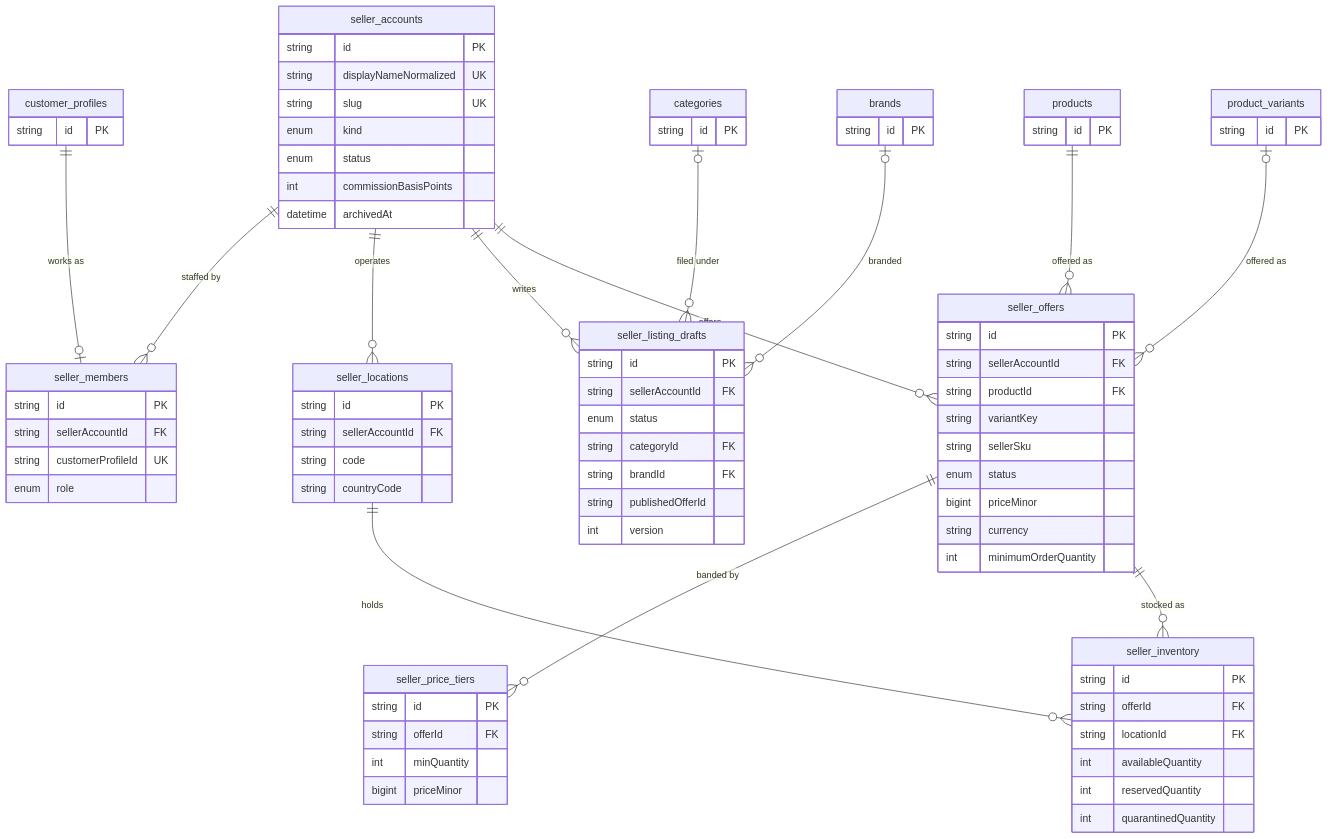
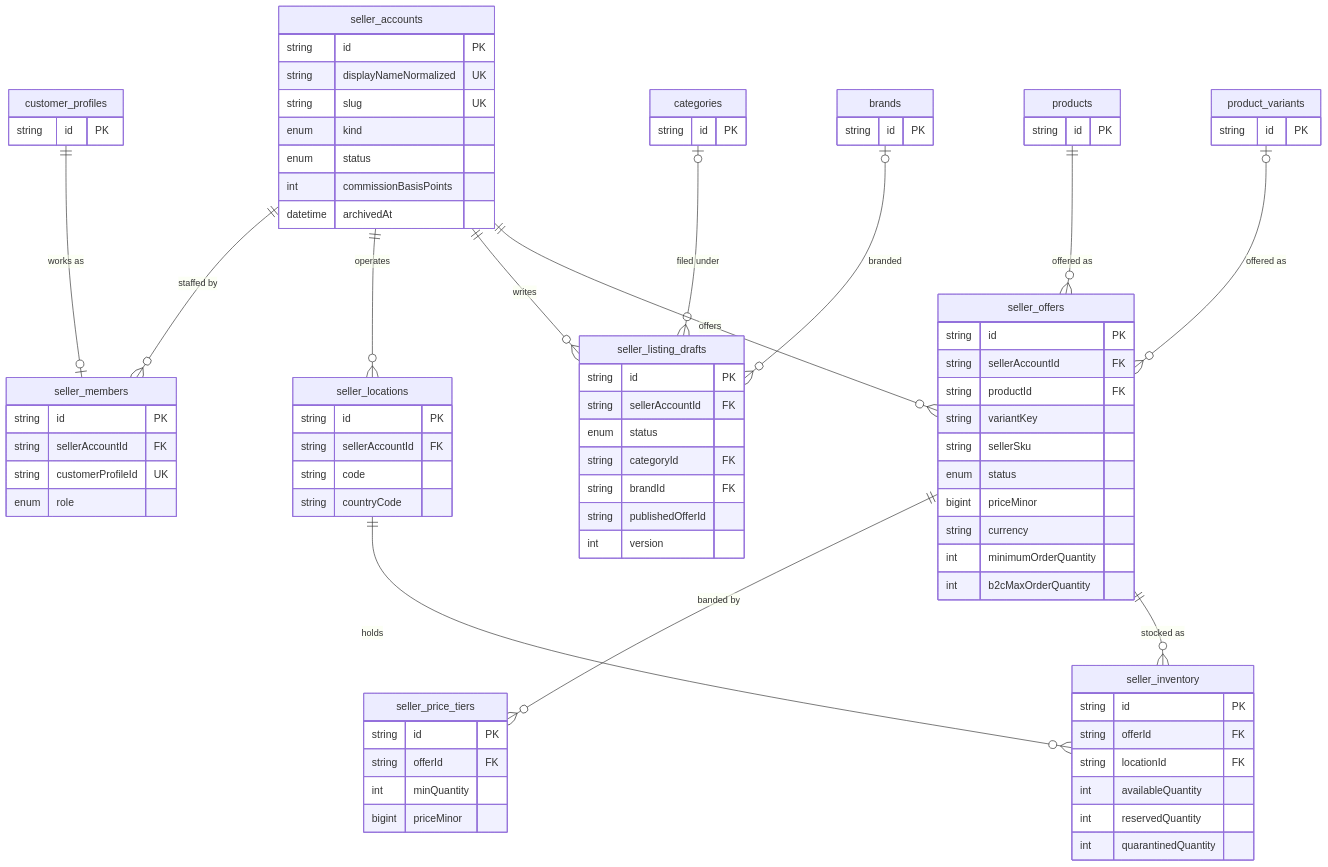
Diagram 23 of 41 in docs/DATABASE-DESIGN.md (UBoss-AI/UBoss-Sourcing), drawn with Mermaid before and after one commit. The commit also changed other lines of this file and 358 other files, not shown here.

```diff
--- a/docs/DATABASE-DESIGN.md
+++ b/docs/DATABASE-DESIGN.md
@@ -2866,6 +3274,7 @@
         bigint priceMinor
         string currency
         int minimumOrderQuantity
+        int b2cMaxOrderQuantity
     }
     seller_price_tiers {
         string id PK
```
